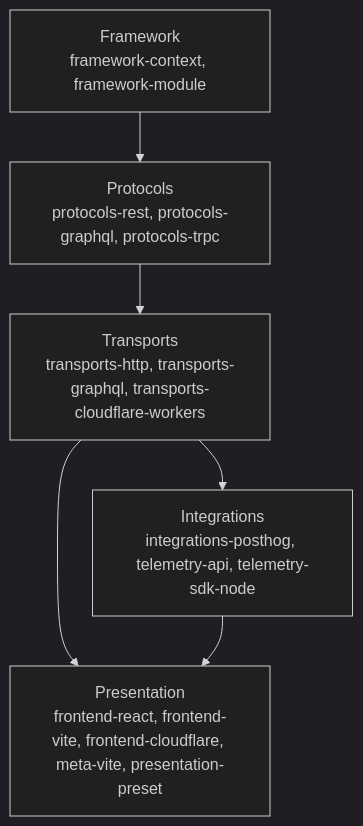
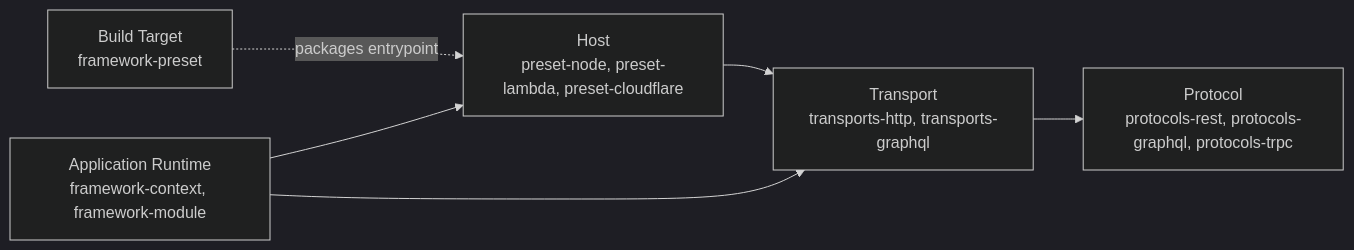
The diagram in packages/docs/src/content/docs/en/guides/architecture.mdx (croco-dev/framework), drawn with Mermaid (dark theme) before and after one commit. The commit also changed other lines of this file and 96 other files, not shown here.

Commit message:
feat(runtime): separate host and build-target contracts

````diff
--- a/packages/docs/src/content/docs/en/guides/architecture.mdx
+++ b/packages/docs/src/content/docs/en/guides/architecture.mdx
@@ -16,14 +23,9 @@
 ```mermaid
-flowchart TD
-  framework[Framework<br/>framework-context, framework-module]
-  protocols[Protocols<br/>protocols-rest, protocols-graphql, protocols-trpc]
-  transports[Transports<br/>transports-http, transports-graphql, transports-cloudflare-workers]
-  integrations[Integrations<br/>integrations-posthog, telemetry-api, telemetry-sdk-node]
-  presentation[Presentation<br/>frontend-react, frontend-vite, frontend-cloudflare, meta-vite, presentation-preset]
-
-  framework --> protocols
-  protocols --> transports
-  transports --> integrations
-  transports --> presentation
-  integrations --> presentation
+flowchart LR
+  buildTarget[Build Target<br/>framework-preset] -. packages entrypoint .-> host
+  host[Host<br/>preset-node, preset-lambda, preset-cloudflare]
+  host --> transport[Transport<br/>transports-http, transports-graphql]
+  transport --> protocol[Protocol<br/>protocols-rest, protocols-graphql, protocols-trpc]
+  framework[Application Runtime<br/>framework-context, framework-module] --> host
+  framework --> transport
 ```
````
